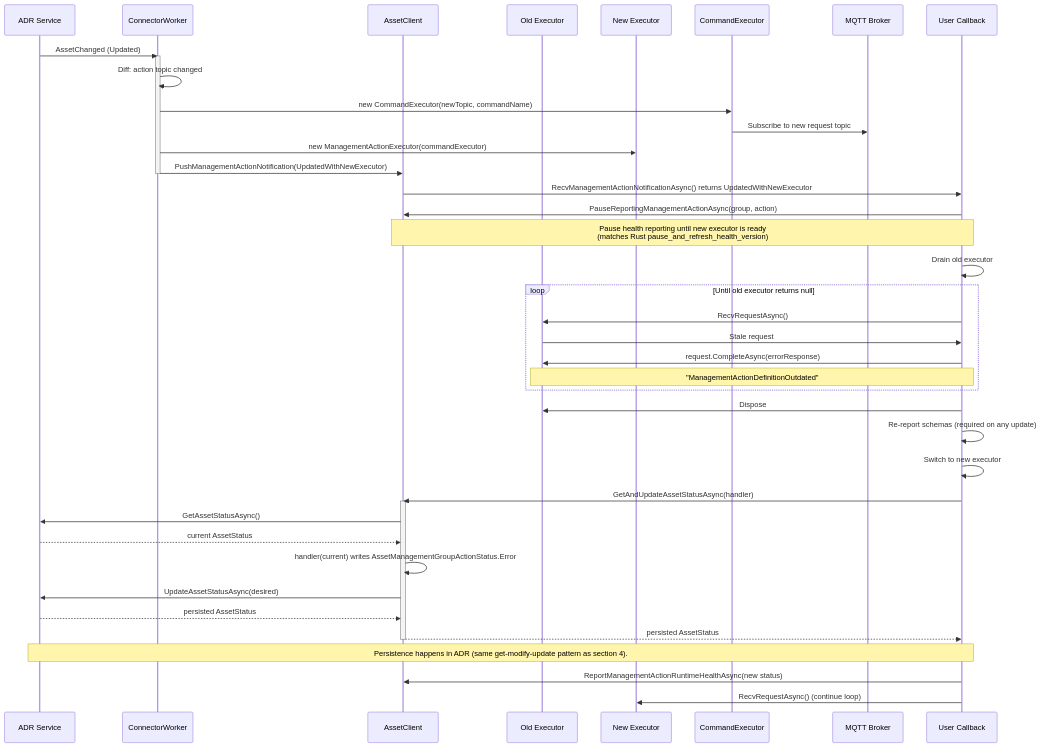
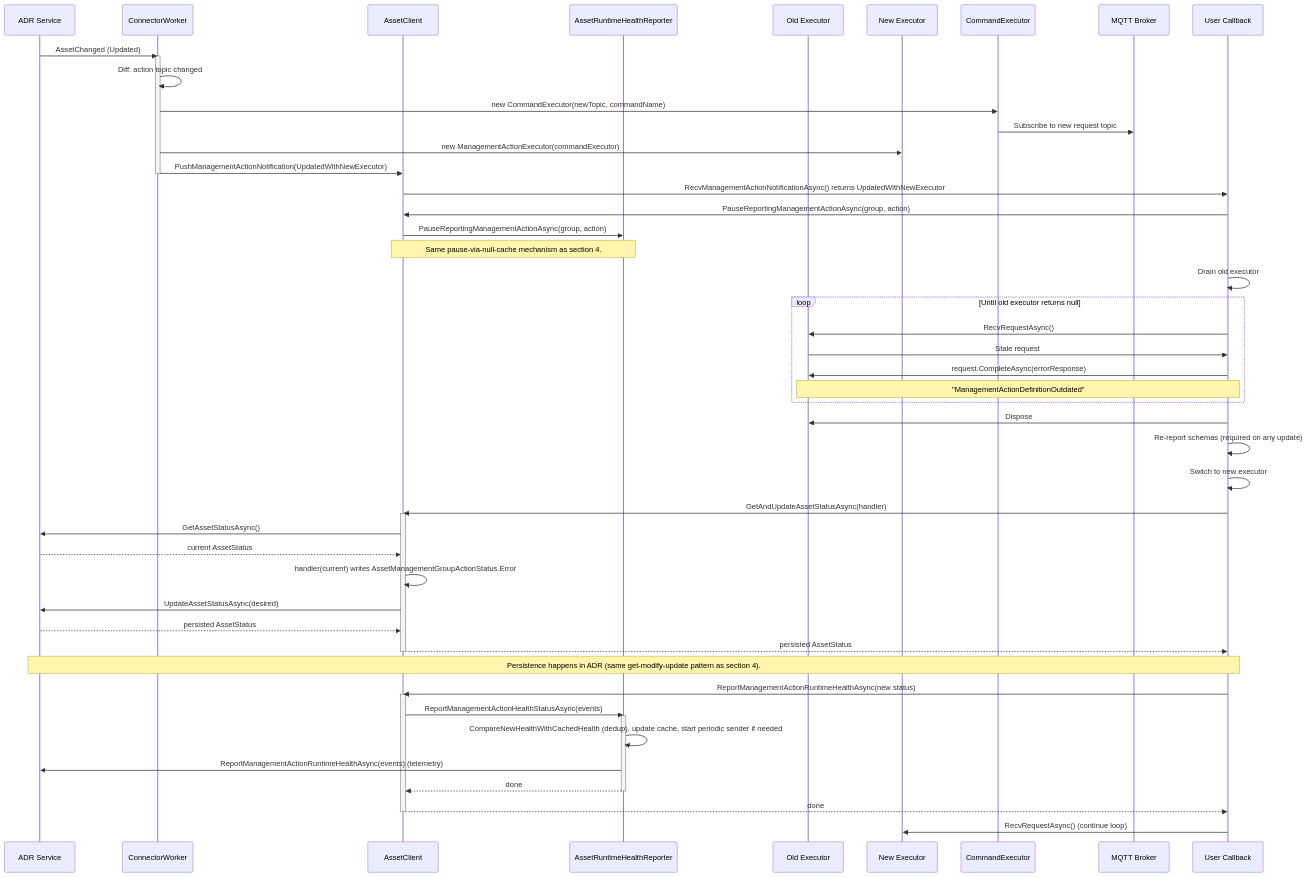
The seventh of 10 diagrams in doc/dev/tmp/management-action-implementation-design.md (Azure/iot-operations-sdks), drawn with Mermaid before and after one commit. The commit also changed other lines of this file, not shown here.

````diff
--- a/doc/dev/tmp/management-action-implementation-design.md
+++ b/doc/dev/tmp/management-action-implementation-design.md
@@ -742,50 +758,61 @@
 ```mermaid
 sequenceDiagram
     participant ADR as ADR Service
     participant CW as ConnectorWorker
     participant AC as AssetClient
+    participant HR as AssetRuntimeHealthReporter
     participant MAE_old as Old Executor
     participant MAE_new as New Executor
     participant CE as CommandExecutor
     participant MQTT as MQTT Broker
     participant User as User Callback
 
     ADR->>CW: AssetChanged (Updated)
     activate CW
     CW->>CW: Diff: action topic changed
 
     CW->>CE: new CommandExecutor(newTopic, commandName)
     CE->>MQTT: Subscribe to new request topic
     CW->>MAE_new: new ManagementActionExecutor(commandExecutor)
 
     CW->>AC: PushManagementActionNotification(UpdatedWithNewExecutor)
     deactivate CW
     AC->>User: RecvManagementActionNotificationAsync() returns UpdatedWithNewExecutor
 
     User->>AC: PauseReportingManagementActionAsync(group, action)
-    Note over User,AC: Pause health reporting until new executor is ready<br/>(matches Rust pause_and_refresh_health_version)
+    AC->>HR: PauseReportingManagementActionAsync(group, action)
+    Note over AC,HR: Same pause-via-null-cache mechanism as section 4.
 
     User->>User: Drain old executor
     loop Until old executor returns null
         User->>MAE_old: RecvRequestAsync()
         MAE_old->>User: Stale request
         User->>MAE_old: request.CompleteAsync(errorResponse)
         Note over User,MAE_old: "ManagementActionDefinitionOutdated"
     end
     User->>MAE_old: Dispose
 
     User->>User: Re-report schemas (required on any update)
     User->>User: Switch to new executor
     User->>AC: GetAndUpdateAssetStatusAsync(handler)
     activate AC
     AC->>ADR: GetAssetStatusAsync()
     ADR-->>AC: current AssetStatus
     AC->>AC: handler(current) writes AssetManagementGroupActionStatus.Error
     AC->>ADR: UpdateAssetStatusAsync(desired)
     ADR-->>AC: persisted AssetStatus
     AC-->>User: persisted AssetStatus
     deactivate AC
     Note over User,ADR: Persistence happens in ADR (same get-modify-update pattern as section 4).
     User->>AC: ReportManagementActionRuntimeHealthAsync(new status)
+    activate AC
+    AC->>HR: ReportManagementActionHealthStatusAsync(events)
+    activate HR
+    HR->>HR: CompareNewHealthWithCachedHealth (dedup), update cache, start periodic sender if needed
+    HR->>ADR: ReportManagementActionRuntimeHealthAsync(events) (telemetry)
+    HR-->>AC: done
+    deactivate HR
+    AC-->>User: done
+    deactivate AC
     User->>MAE_new: RecvRequestAsync() (continue loop)
 ```
````
